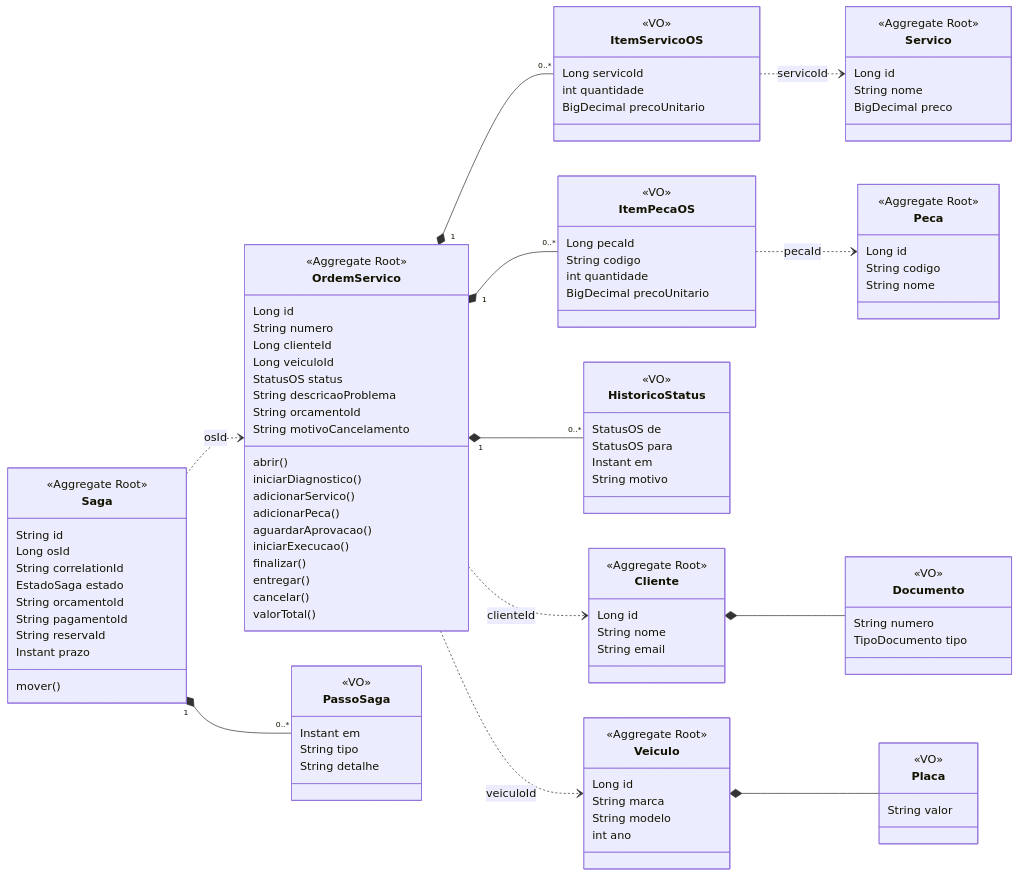
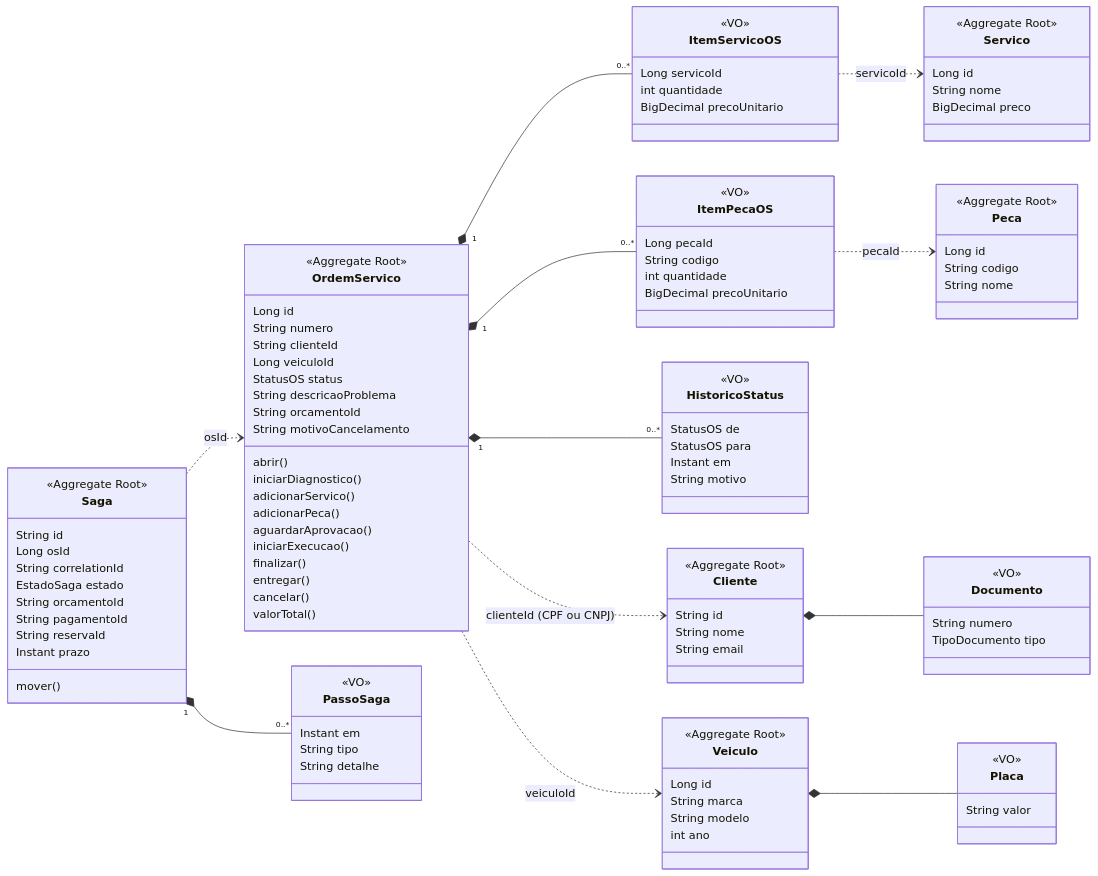
Before and after one commit to HDAdeveloper/oficina-billing-service: the second of 9 diagrams in docs/ddd.md, drawn with Mermaid. The commit also changed other lines of this file and 19 other files, not shown here.

First line of the commit message:
feat: CPF/CNPJ passa a ser o identificador do cliente

```diff
--- a/docs/ddd.md
+++ b/docs/ddd.md
@@ -64,7 +64,7 @@
         <<Aggregate Root>>
         Long id
         String numero
-        Long clienteId
+        String clienteId
         Long veiculoId
         StatusOS status
         String descricaoProblema
@@ -121,7 +121,7 @@
     }
     class Cliente {
         <<Aggregate Root>>
-        Long id
+        String id
         String nome
         String email
     }
@@ -159,7 +159,7 @@
     Saga "1" *-- "0..*" PassoSaga
     Cliente *-- Documento
     Veiculo *-- Placa
-    OrdemServico ..> Cliente : clienteId
+    OrdemServico ..> Cliente : clienteId (CPF ou CNPJ)
     OrdemServico ..> Veiculo : veiculoId
     Saga ..> OrdemServico : osId
     ItemServicoOS ..> Servico : servicoId
```
